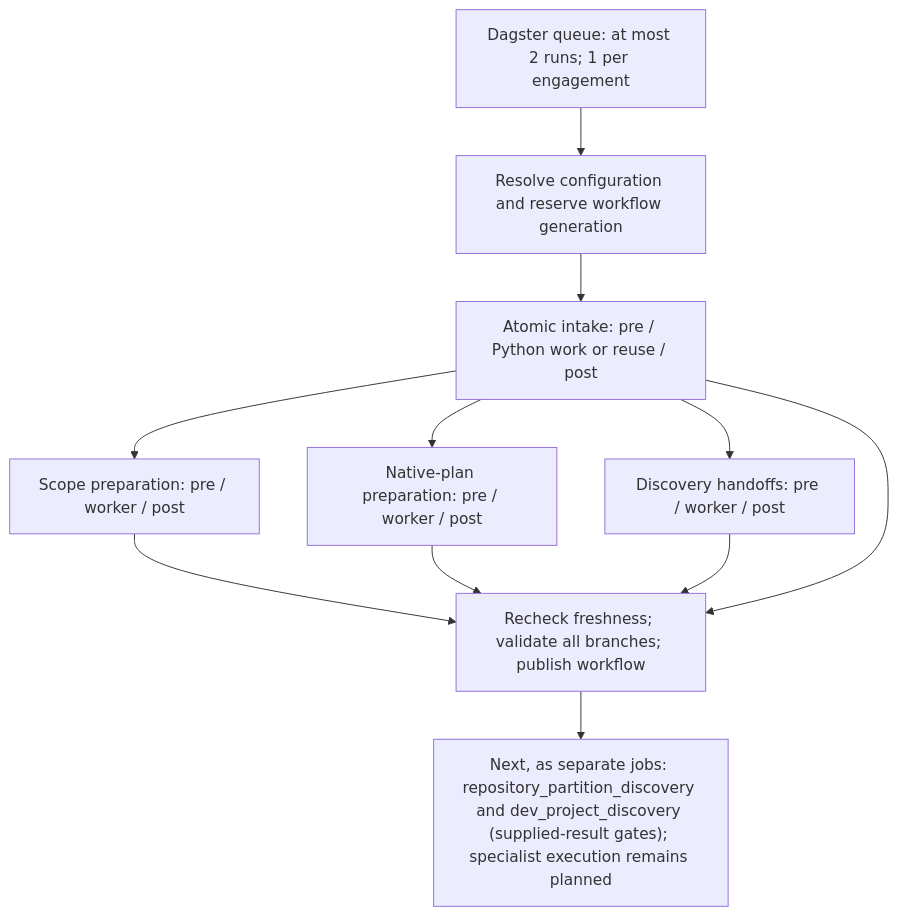
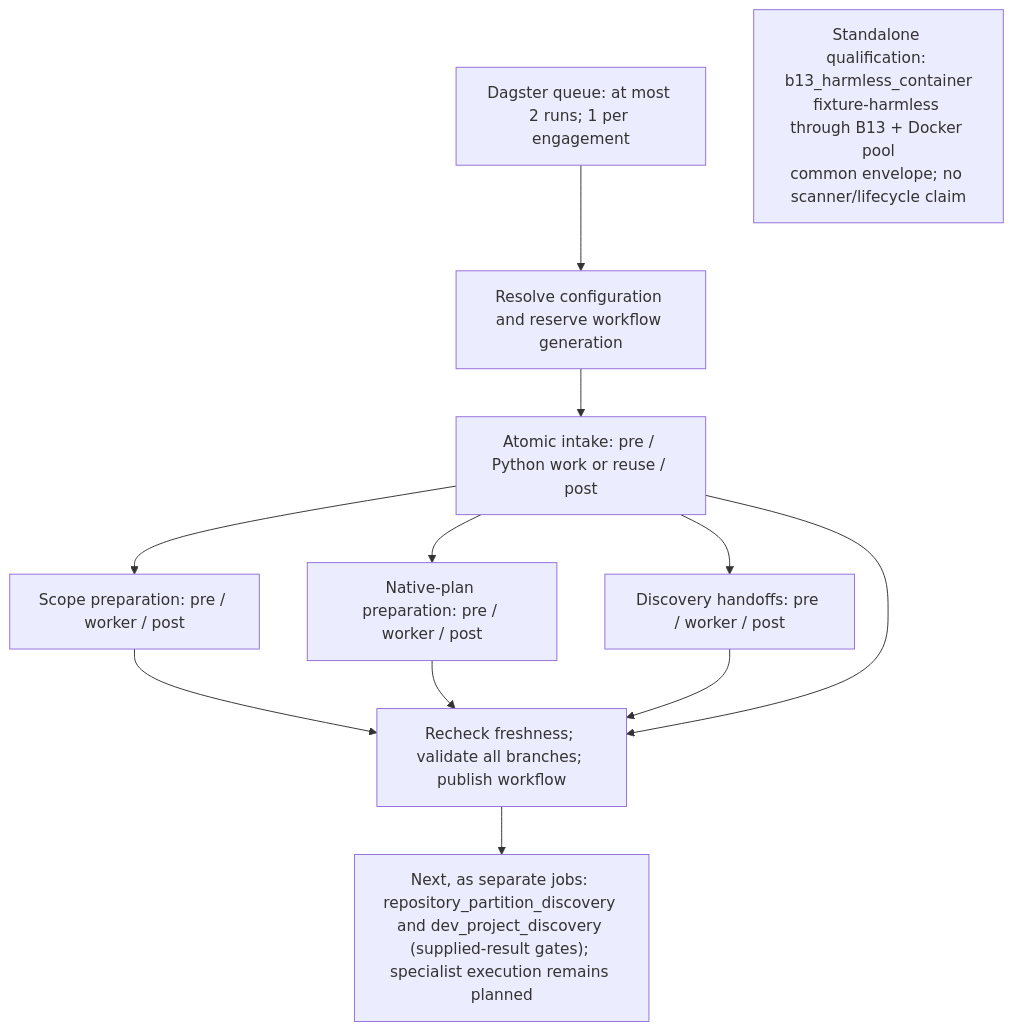
Before and after one commit to wsollers/appsec-review: the diagram in docs/dagster/dagster-workflow.mmd, drawn with Mermaid. The commit also changed 38 other files, not shown here.

```diff
--- a/docs/dagster/dagster-workflow.mmd
+++ b/docs/dagster/dagster-workflow.mmd
@@ -1,12 +1,13 @@
 flowchart TD
   queue["Dagster queue: at most 2 runs; 1 per engagement"] --> workflow_config
   workflow_config["Resolve configuration and reserve workflow generation"] --> workflow_intake
   workflow_intake["Atomic intake: pre / Python work or reuse / post"] --> scope_check
   workflow_intake --> native_plan_check
   workflow_intake --> discovery_handoffs
   scope_check["Scope preparation: pre / worker / post"] --> workflow_publish
   native_plan_check["Native-plan preparation: pre / worker / post"] --> workflow_publish
   discovery_handoffs["Discovery handoffs: pre / worker / post"] --> workflow_publish
   workflow_intake --> workflow_publish
   workflow_publish["Recheck freshness; validate all branches; publish workflow"]
   workflow_publish --> next["Next, as separate jobs: repository_partition_discovery and dev_project_discovery (supplied-result gates); specialist execution remains planned"]
+  b13["Standalone qualification: b13_harmless_container<br/>fixture-harmless through B13 + Docker pool<br/>common envelope; no scanner/lifecycle claim"]
```
